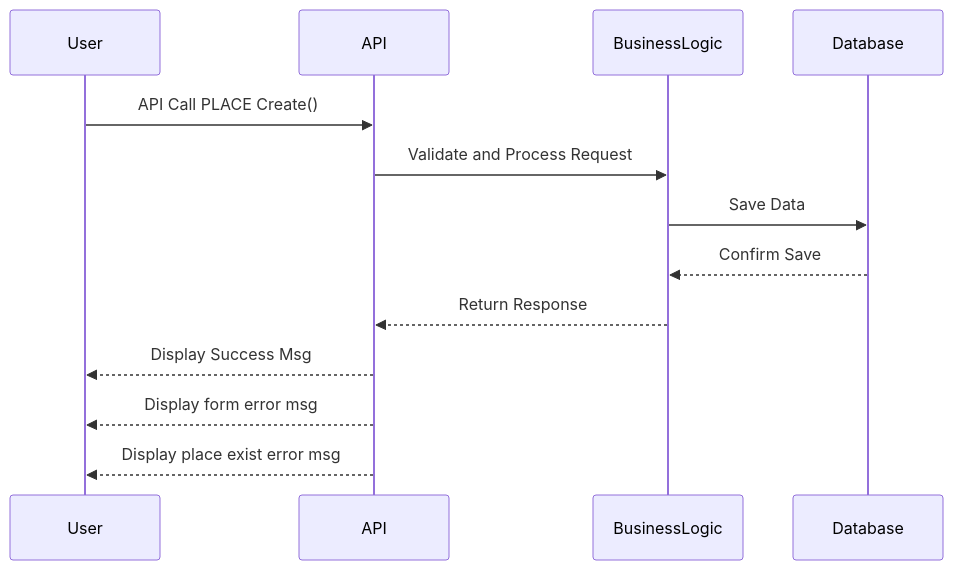
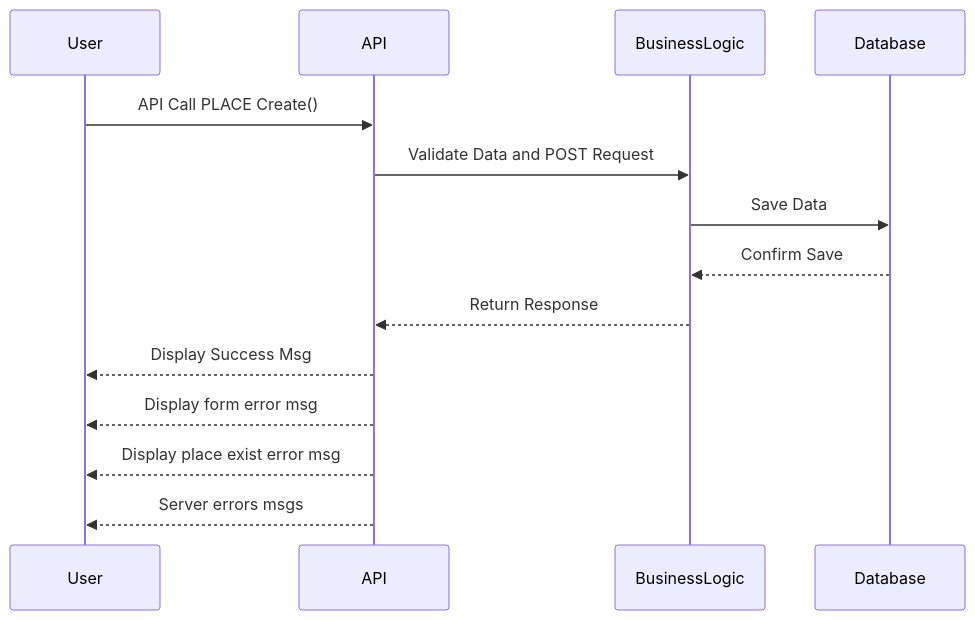
The second of 4 diagrams in part_1/sequence_diagrams.md (JulieRaph/holbertonschool-hbnb), drawn with Mermaid before and after one commit. The commit also changed other lines of this file, not shown here.

````diff
--- a/part_1/sequence_diagrams.md
+++ b/part_1/sequence_diagrams.md
@@ -26,16 +27,17 @@
 ```mermaid
 sequenceDiagram
 participant User
 participant API
 participant BusinessLogic
 participant Database
 
 User->>API: API Call PLACE Create()
-API->>BusinessLogic: Validate and Process Request
+API->>BusinessLogic: Validate Data and POST Request
 BusinessLogic->>Database: Save Data
 Database-->>BusinessLogic: Confirm Save
 BusinessLogic-->>API: Return Response
-API-->>User: Display Success Msg
-API-->>User: Display form error msg
-API-->>User: Display place exist error msg
+API -->> User: Display Success Msg
+API -->> User: Display form error msg
+API -->> User: Display place exist error msg
+API -->> User: Server errors msgs
 ```
````
